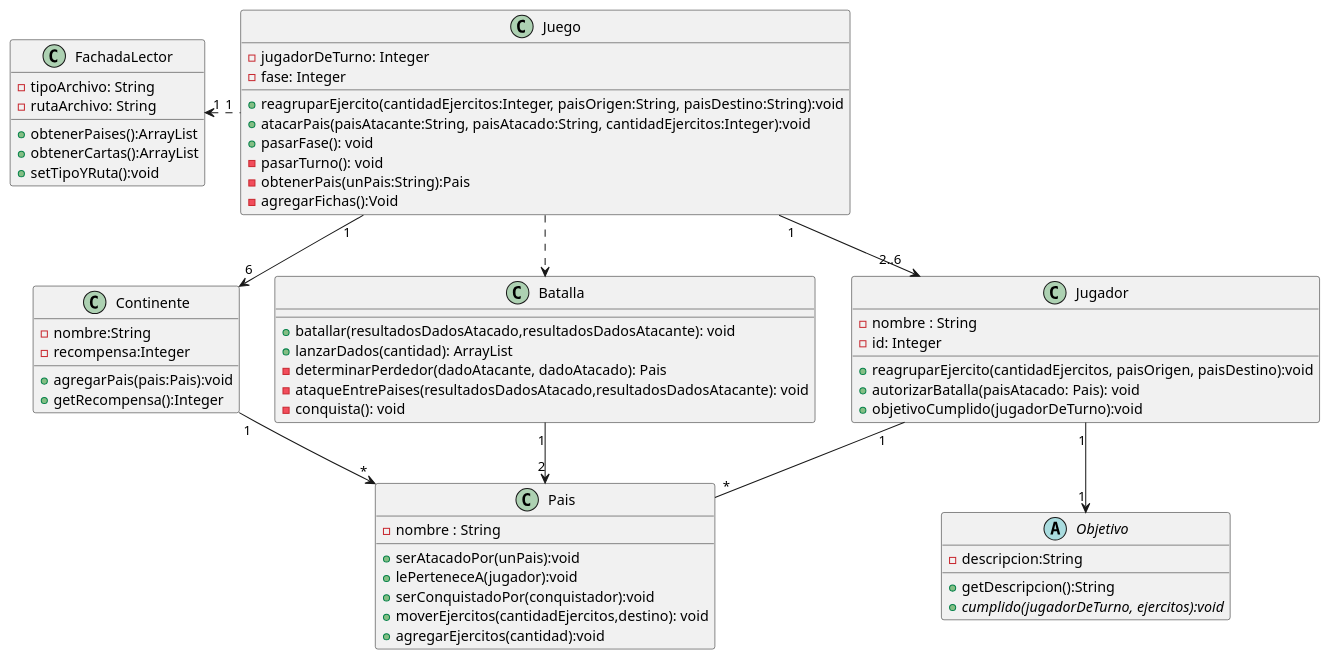
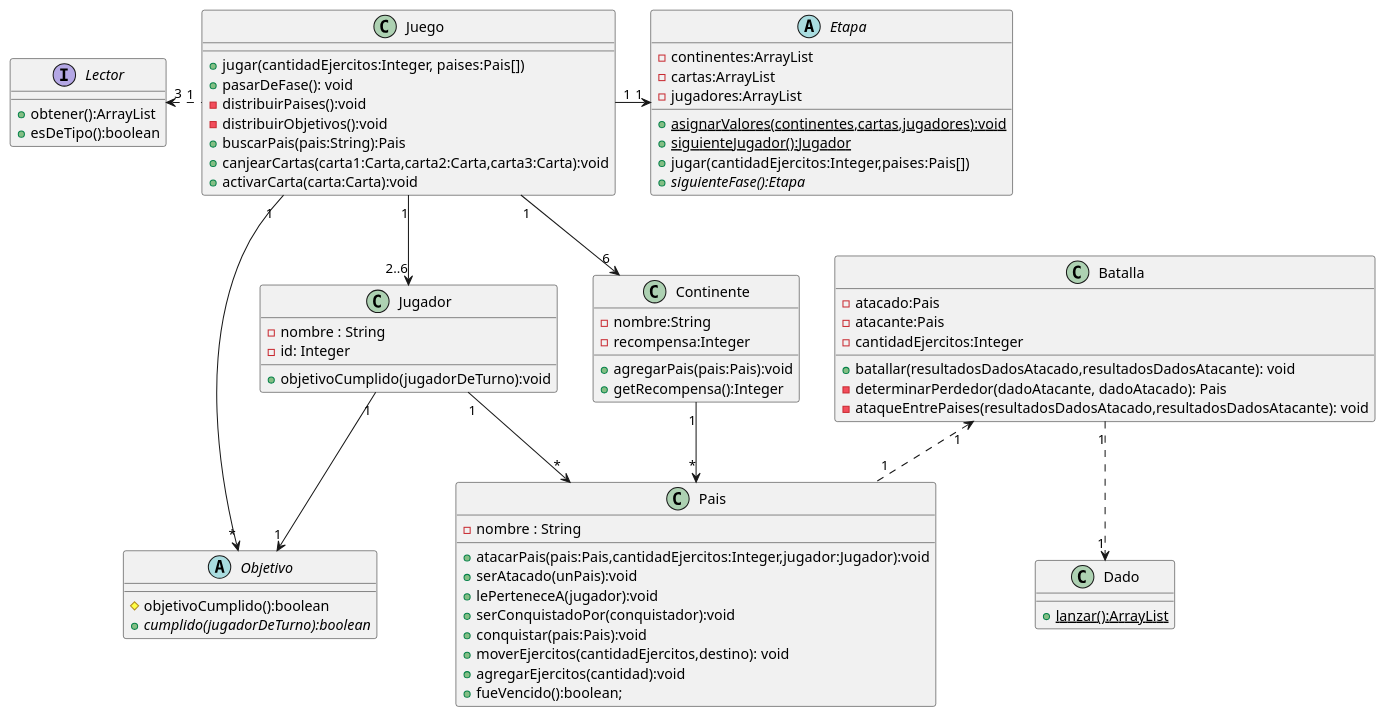
The diagram in docs/diagramasUML/diagramaDeClase.puml (nauee/Algo3-TP2), drawn with PlantUML before and after one commit. The commit also changed 2 other files, not shown here.

Commit message:
actualizacion diagramas de clase

```diff
--- a/docs/diagramasUML/diagramaDeClase.puml
+++ b/docs/diagramasUML/diagramaDeClase.puml
@@ -1,75 +1,88 @@
 @startuml diagramaDeClase
 
 class Juego{
-    -jugadorDeTurno: Integer
-    -fase: Integer
 
-    +reagruparEjercito(cantidadEjercitos:Integer, paisOrigen:String, paisDestino:String):void
-    +atacarPais(paisAtacante:String, paisAtacado:String, cantidadEjercitos:Integer):void
-    +pasarFase(): void
-    -pasarTurno(): void
-    -obtenerPais(unPais:String):Pais
-    -agregarFichas():Void
+    +jugar(cantidadEjercitos:Integer, paises:Pais[])
+    +pasarDeFase(): void
+    -distribuirPaises():void
+    -distribuirObjetivos():void
+    +buscarPais(pais:String):Pais
+    +canjearCartas(carta1:Carta,carta2:Carta,carta3:Carta):void
+    +activarCarta(carta:Carta):void
+}
+
+abstract class Etapa{
+    -continentes:ArrayList
+    -cartas:ArrayList
+    -jugadores:ArrayList
+
+    +{static}asignarValores(continentes,cartas,jugadores):void
+    +{static}siguienteJugador():Jugador
+    +jugar(cantidadEjercitos:Integer,paises:Pais[])
+    +{abstract}siguienteFase():Etapa
+}
+
+class Dado{
+    +{static}lanzar():ArrayList
 }
 
 class Batalla{
+    -atacado:Pais
+    -atacante:Pais
+    -cantidadEjercitos:Integer
 
     +batallar(resultadosDadosAtacado,resultadosDadosAtacante): void
-    +lanzarDados(cantidad): ArrayList
     -determinarPerdedor(dadoAtacante, dadoAtacado): Pais
     -ataqueEntrePaises(resultadosDadosAtacado,resultadosDadosAtacante): void
-    -conquista(): void
 }
 
 class Pais{
     -nombre : String
 
-    +serAtacadoPor(unPais):void
+    +atacarPais(pais:Pais,cantidadEjercitos:Integer,jugador:Jugador):void
+    +serAtacado(unPais):void
     +lePerteneceA(jugador):void
     +serConquistadoPor(conquistador):void
+    +conquistar(pais:Pais):void
     +moverEjercitos(cantidadEjercitos,destino): void
     +agregarEjercitos(cantidad):void
+    +fueVencido():boolean;
 }
 
 abstract class Objetivo{
-    -descripcion:String
 
-    +getDescripcion():String
-    +{abstract}cumplido(jugadorDeTurno, ejercitos):void
+    #objetivoCumplido():boolean
+    +{abstract}cumplido(jugadorDeTurno):boolean
 }
 
 class Jugador{
     -nombre : String
     -id: Integer
 
-    +reagruparEjercito(cantidadEjercitos, paisOrigen, paisDestino):void
-    +autorizarBatalla(paisAtacado: Pais): void
     +objetivoCumplido(jugadorDeTurno):void
 }
 
-class FachadaLector{
-    -tipoArchivo: String
-    -rutaArchivo: String
-
-    +obtenerPaises():ArrayList
-    +obtenerCartas():ArrayList
-    +setTipoYRuta():void
+interface Lector{
+    +obtener():ArrayList
+    +esDeTipo():boolean
 }
 
 class Continente{
     -nombre:String
     -recompensa:Integer
 
     +agregarPais(pais:Pais):void
     +getRecompensa():Integer
 }
 
-Juego "1"-down->"2..6" Jugador
-Jugador "1"-down-"*" Pais
-Jugador "1"-down->"1" Objetivo
-Juego ..> Batalla
-Batalla "1"-->"2" Pais
-Juego "1".left.>"1" FachadaLector
-Juego "1"-right->"6" Continente
+Juego "1"-->"2..6" Jugador
+Jugador "1"-->"*" Pais
+Jugador "1"-->"1" Objetivo
+Batalla "1"<.."1" Pais
+Juego "1".left.>"3" Lector
+Juego "1"-->"6" Continente
 Continente "1"-->"*"Pais
+Juego "1"-->"*"Objetivo
+Juego "1"-right->"1" Etapa
+Batalla "1".down.>"1" Dado
 @enduml
```
